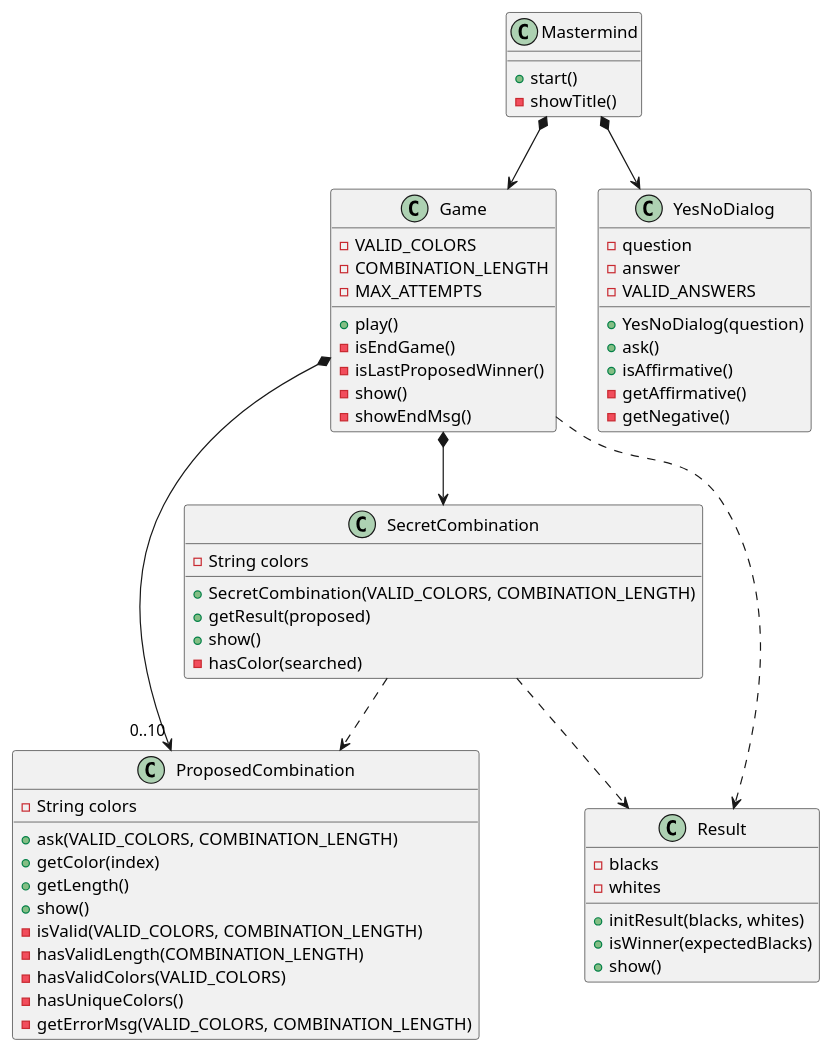
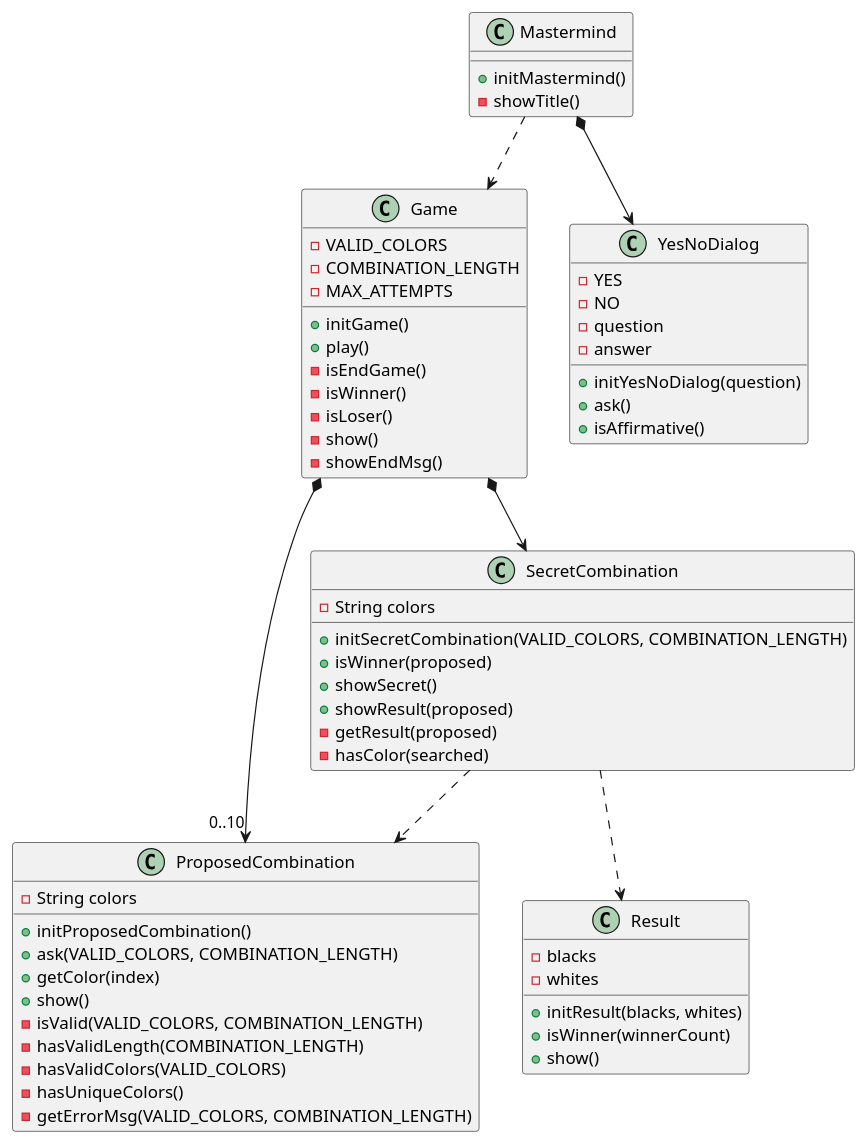
Before and after one commit to PabloMartinFluvia/myGame-mastermind: the diagram in docs/dev-resume/analysis.plantuml, drawn with PlantUML. The commit also changed 4 other files, not shown here.

```diff
--- a/docs/dev-resume/analysis.plantuml
+++ b/docs/dev-resume/analysis.plantuml
@@ -1,71 +1,73 @@
 @startuml analysis
 
 class Mastermind{  
 
-    + start()
+    + initMastermind()
     - showTitle()    
 }
-Mastermind *--> Game
+Mastermind ..> Game
 Mastermind *--> YesNoDialog
 
 class Game{
     - VALID_COLORS
     - COMBINATION_LENGTH    
     - MAX_ATTEMPTS
 
+    + initGame()
     + play()        
     - isEndGame()    
-    - isLastProposedWinner()
+    - isWinner()
+    - isLoser()
     - show()
     - showEndMsg()
 }
 Game *--> SecretCombination
 Game *--> "0..10" ProposedCombination
-Game ..> Result
 
 class SecretCombination{
     - String colors
     
-    + SecretCombination(VALID_COLORS, COMBINATION_LENGTH)    
-    + getResult(proposed)
-    + show()
+    + initSecretCombination(VALID_COLORS, COMBINATION_LENGTH)        
+    + isWinner(proposed)
+    + showSecret()
+    + showResult(proposed)
+    - getResult(proposed)
     - hasColor(searched)
 }
 SecretCombination .down.> ProposedCombination
 SecretCombination .down.> Result
 
 class ProposedCombination{
     - String colors    
 
+    + initProposedCombination()
     + ask(VALID_COLORS, COMBINATION_LENGTH)   
     + getColor(index)
-    + getLength()    
     + show() 
     - isValid(VALID_COLORS, COMBINATION_LENGTH)
     - hasValidLength(COMBINATION_LENGTH)
     - hasValidColors(VALID_COLORS)
     - hasUniqueColors()
     - getErrorMsg(VALID_COLORS, COMBINATION_LENGTH)
 }
 
 class Result{
     -blacks
     -whites
 
     + initResult(blacks, whites)
-    + isWinner(expectedBlacks)
+    + isWinner(winnerCount)
     + show()    
 }
 
 class YesNoDialog {
+    - YES
+    - NO
     - question
-    - answer
-    - VALID_ANSWERS
+    - answer    
 
-    +YesNoDialog(question)
+    + initYesNoDialog(question)
     + ask()
     + isAffirmative()
-    - getAffirmative()
-    - getNegative()
 }
 @enduml
```
